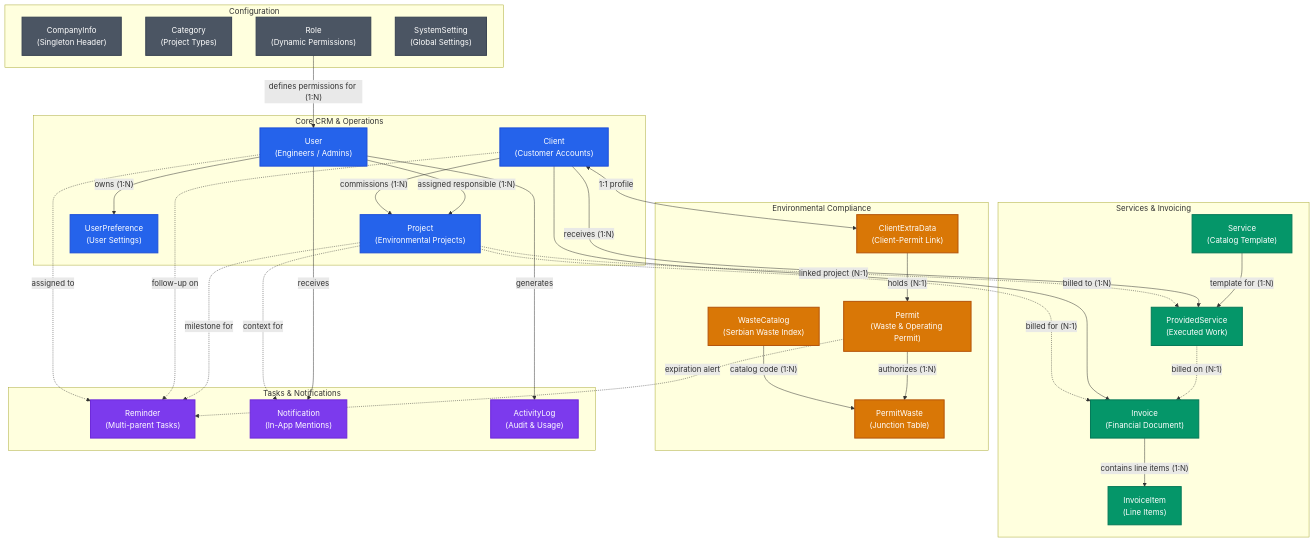
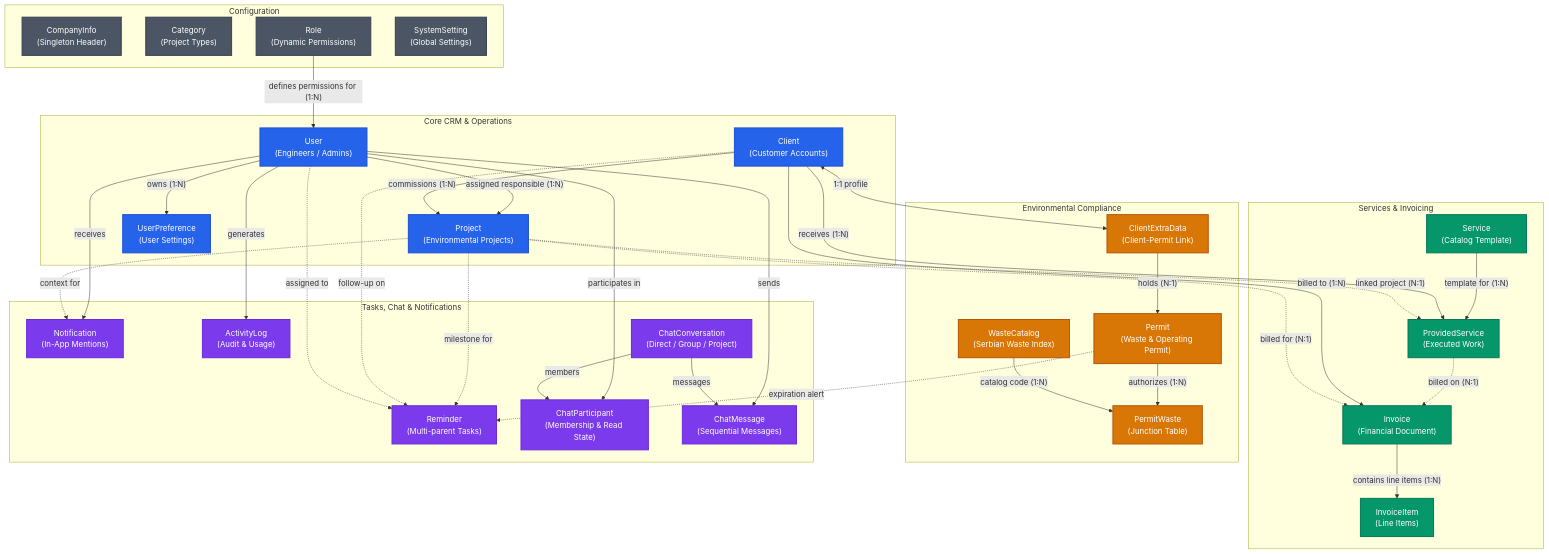
One commit to zigikralj/EGG_admin_server changed the first of 2 diagrams in docs/DATA_RELATIONSHIP_MODEL.md. Above: the diagram before and after it, drawn with Mermaid. The commit also changed other lines of this file and 5 other files, not shown here.

````diff
--- a/docs/DATA_RELATIONSHIP_MODEL.md
+++ b/docs/DATA_RELATIONSHIP_MODEL.md
@@ -55,68 +55,75 @@
 ```mermaid
 flowchart TD
     classDef crm fill:#2563eb,stroke:#1d4ed8,color:#ffffff,stroke-width:2px;
     classDef billing fill:#059669,stroke:#047857,color:#ffffff,stroke-width:2px;
     classDef env fill:#d97706,stroke:#b45309,color:#ffffff,stroke-width:2px;
     classDef workflow fill:#7c3aed,stroke:#6d28d9,color:#ffffff,stroke-width:2px;
     classDef config fill:#4b5563,stroke:#374151,color:#ffffff,stroke-width:2px;
 
     subgraph CRM ["Core CRM & Operations"]
         User["User<br/>(Engineers / Admins)"]:::crm
         Client["Client<br/>(Customer Accounts)"]:::crm
         Project["Project<br/>(Environmental Projects)"]:::crm
         UserPref["UserPreference<br/>(User Settings)"]:::crm
     end
 
     subgraph Billing ["Services & Invoicing"]
         Service["Service<br/>(Catalog Template)"]:::billing
         ProvidedService["ProvidedService<br/>(Executed Work)"]:::billing
         Invoice["Invoice<br/>(Financial Document)"]:::billing
         InvoiceItem["InvoiceItem<br/>(Line Items)"]:::billing
     end
 
     subgraph Environmental ["Environmental Compliance"]
         Permit["Permit<br/>(Waste & Operating Permit)"]:::env
         ClientExtra["ClientExtraData<br/>(Client-Permit Link)"]:::env
         PermitWaste["PermitWaste<br/>(Junction Table)"]:::env
         WasteCatalog["WasteCatalog<br/>(Serbian Waste Index)"]:::env
     end
 
-    subgraph Workflow ["Tasks & Notifications"]
+    subgraph Workflow ["Tasks, Chat & Notifications"]
         Reminder["Reminder<br/>(Multi-parent Tasks)"]:::workflow
         Notification["Notification<br/>(In-App Mentions)"]:::workflow
         ActivityLog["ActivityLog<br/>(Audit & Usage)"]:::workflow
+        ChatConversation["ChatConversation<br/>(Direct / Group / Project)"]:::workflow
+        ChatParticipant["ChatParticipant<br/>(Membership & Read State)"]:::workflow
+        ChatMessage["ChatMessage<br/>(Sequential Messages)"]:::workflow
     end
 
     subgraph Config ["Configuration"]
         CompanyInfo["CompanyInfo<br/>(Singleton Header)"]:::config
         Category["Category<br/>(Project Types)"]:::config
         Role["Role<br/>(Dynamic Permissions)"]:::config
         SystemSetting["SystemSetting<br/>(Global Settings)"]:::config
     end
 
     Role -->|"defines permissions for (1:N)"| User
     User -->|"owns (1:N)"| UserPref
     User -->|"assigned responsible (1:N)"| Project
     Client -->|"commissions (1:N)"| Project
 
     Client <-->|"1:1 profile"| ClientExtra
     ClientExtra -->|"holds (N:1)"| Permit
     Permit -->|"authorizes (1:N)"| PermitWaste
     WasteCatalog -->|"catalog code (1:N)"| PermitWaste
 
     Service -->|"template for (1:N)"| ProvidedService
     Client -->|"receives (1:N)"| ProvidedService
     Project -.->|"linked project (N:1)"| ProvidedService
     ProvidedService -.->|"billed on (N:1)"| Invoice
     Client -->|"billed to (1:N)"| Invoice
     Project -.->|"billed for (N:1)"| Invoice
     Invoice -->|"contains line items (1:N)"| InvoiceItem
 
     User -->|"receives"| Notification
     User -->|"generates"| ActivityLog
+    User -->|"participates in"| ChatParticipant
+    User -->|"sends"| ChatMessage
+    ChatConversation -->|"members"| ChatParticipant
+    ChatConversation -->|"messages"| ChatMessage
     Project -.->|"context for"| Notification
     Project -.->|"milestone for"| Reminder
     Client -.->|"follow-up on"| Reminder
     User -.->|"assigned to"| Reminder
     Permit -.->|"expiration alert"| Reminder
 ```
````
